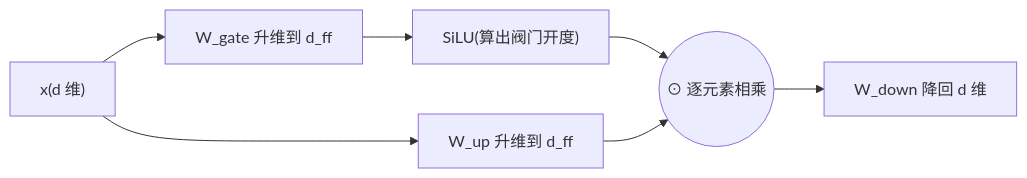
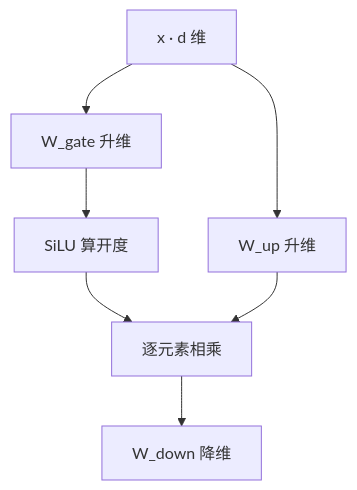
Before and after one commit to ChaoyuWang04/MockInterview: the diagram in knowledge/01-模型结构/FFN与激活.md, drawn with Mermaid. The commit also changed other lines of this file and 4 other files, not shown here.

````diff
--- a/knowledge/01-模型结构/FFN与激活.md
+++ b/knowledge/01-模型结构/FFN与激活.md
@@ -53,9 +132,9 @@
 ```mermaid
-flowchart LR
-    X["x(d 维)"] --> G["W_gate 升维到 d_ff"]
-    X --> U["W_up 升维到 d_ff"]
-    G --> S["SiLU(算出阀门开度)"]
-    S --> M(("⊙ 逐元素相乘"))
+flowchart TD
+    X["x · d 维"] --> G["W_gate 升维"]
+    X --> U["W_up 升维"]
+    G --> S["SiLU 算开度"]
+    S --> M["逐元素相乘"]
     U --> M
-    M --> D["W_down 降回 d 维"]
+    M --> D["W_down 降维"]
 ```
````
